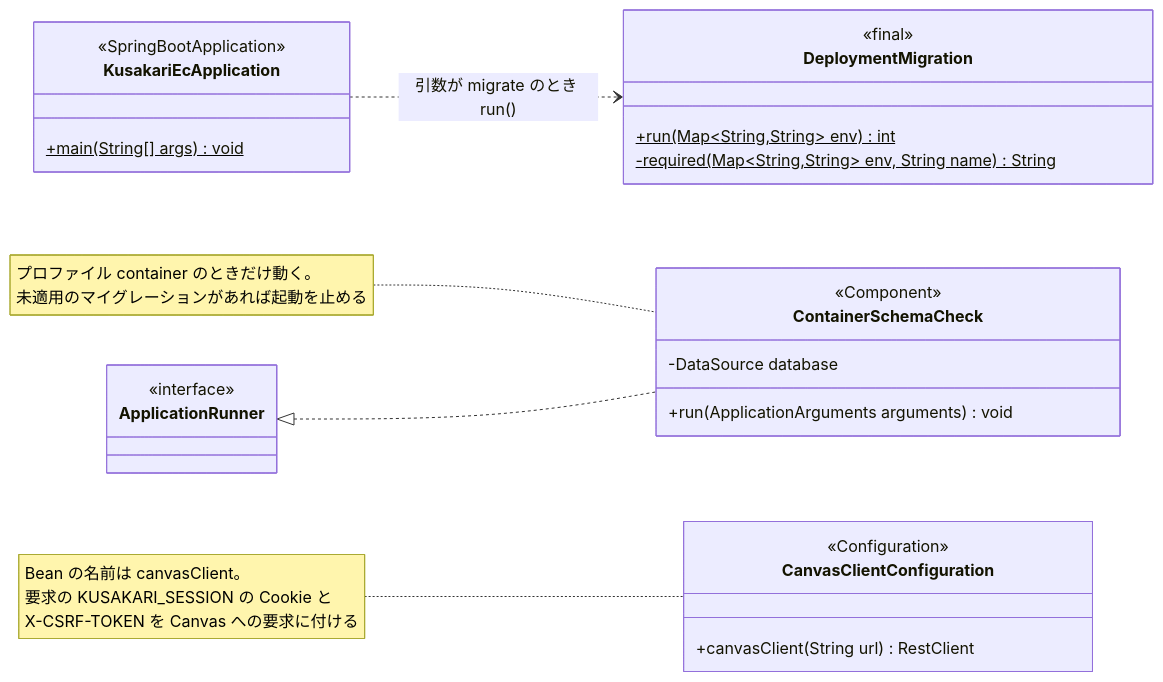
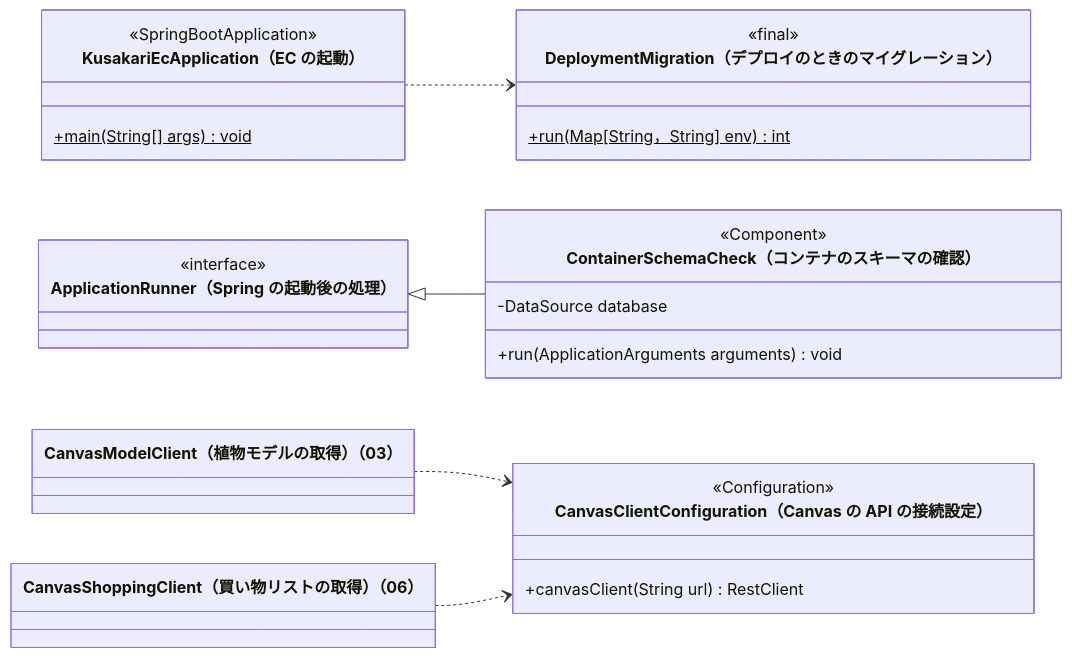
Before and after one commit to abeouga/kusakari-document: the first of 11 diagrams in クラス図/kusakari-ec/01_共通と認証と会員.md, drawn with Mermaid. The commit also changed other lines of this file and 87 other files, not shown here.

Commit message:
EC のクラス図に全体図を足し、詳細図をデータとモジュールの図に分けて書き直す

````diff
--- a/クラス図/kusakari-ec/01_共通と認証と会員.md
+++ b/クラス図/kusakari-ec/01_共通と認証と会員.md
@@ -56,29 +61,31 @@
 ```mermaid
 classDiagram
     direction LR
-    class KusakariEcApplication {
+    class KusakariEcApplication["KusakariEcApplication（EC の起動）"] {
         <<SpringBootApplication>>
         +main(String[] args)$ void
     }
-    class DeploymentMigration {
+    class DeploymentMigration["DeploymentMigration（デプロイのときのマイグレーション）"] {
         <<final>>
-        +run(Map~String,String~ env)$ int
-        -required(Map~String,String~ env, String name)$ String
+        +run(Map[String，String] env)$ int
     }
-    class ContainerSchemaCheck {
+    class ApplicationRunner["ApplicationRunner（Spring の起動後の処理）"] {
+        <<interface>>
+    }
+    class ContainerSchemaCheck["ContainerSchemaCheck（コンテナのスキーマの確認）"] {
         <<Component>>
         -DataSource database
         +run(ApplicationArguments arguments) void
     }
-    class ApplicationRunner {
-        <<interface>>
-    }
-    class CanvasClientConfiguration {
+    class CanvasClientConfiguration["CanvasClientConfiguration（Canvas の API の接続設定）"] {
         <<Configuration>>
         +canvasClient(String url) RestClient
     }
-    KusakariEcApplication ..> DeploymentMigration : 引数が migrate のとき run()
-    ApplicationRunner <|.. ContainerSchemaCheck
-    note for ContainerSchemaCheck "プロファイル container のときだけ動く。<br/>未適用のマイグレーションがあれば起動を止める"
-    note for CanvasClientConfiguration "Bean の名前は canvasClient。<br/>要求の KUSAKARI_SESSION の Cookie と<br/>X-CSRF-TOKEN を Canvas への要求に付ける"
+    class CanvasModelClient["CanvasModelClient（植物モデルの取得）（03）"]
+    class CanvasShoppingClient["CanvasShoppingClient（買い物リストの取得）（06）"]
+
+    KusakariEcApplication ..> DeploymentMigration
+    ApplicationRunner <|-- ContainerSchemaCheck
+    CanvasModelClient ..> CanvasClientConfiguration
+    CanvasShoppingClient ..> CanvasClientConfiguration
 ```
````
